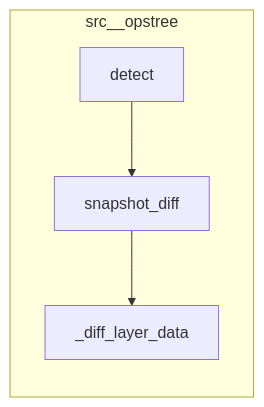
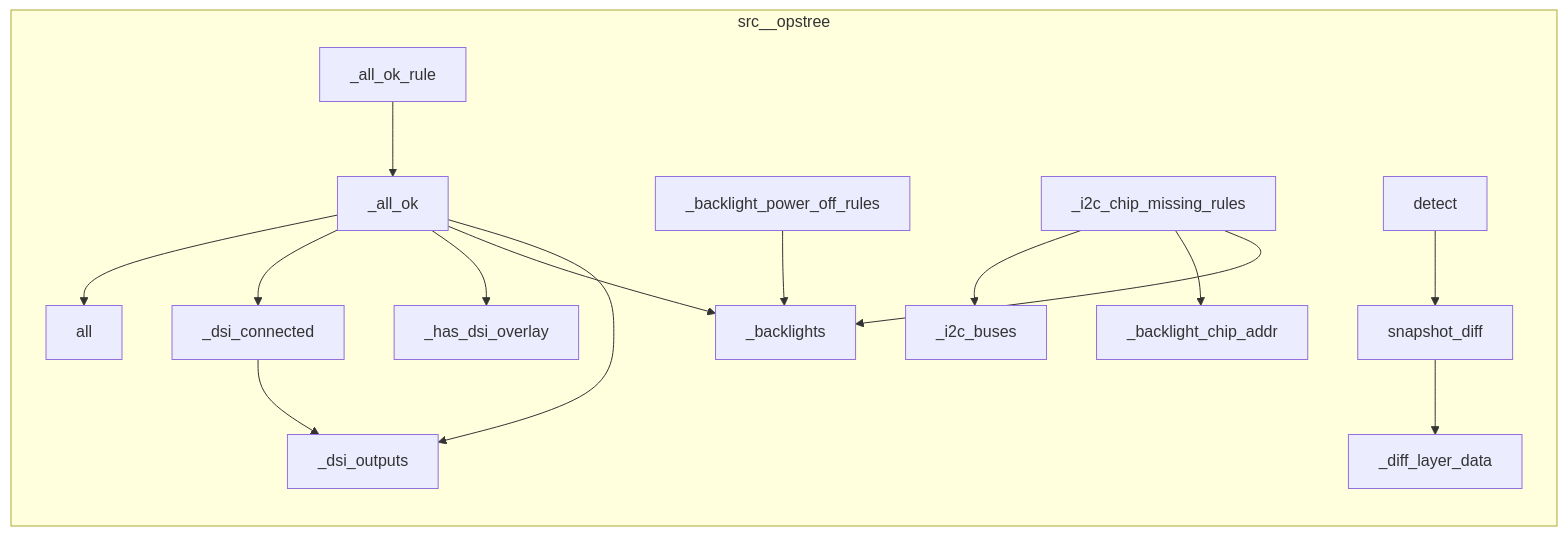
Before and after one commit to semcod/op3: the diagram in project/calls.mmd, drawn with Mermaid. The commit also changed 33 other files, not shown here.

```diff
--- a/project/calls.mmd
+++ b/project/calls.mmd
@@ -1,8 +1,30 @@
 flowchart LR
     subgraph src__opstree
+        src__opstree__probes__builtin__rpi_diagnostics___all_ok_rule["_all_ok_rule"]
+        src__opstree__probes__builtin__rpi_diagnostics___backlight_power_off_rules["_backlight_power_off_rules"]
+        src__opstree__probes__builtin__rpi_diagnostics___dsi_connected["_dsi_connected"]
+        src__opstree__probes__builtin__rpi_diagnostics___backlights["_backlights"]
+        src__opstree__snapshot__diff__snapshot_diff["snapshot_diff"]
+        src__opstree__probes__builtin__rpi_diagnostics___all_ok["_all_ok"]
+        src__opstree__probes__builtin__rpi_diagnostics___i2c_chip_missing_rules["_i2c_chip_missing_rules"]
+        src__opstree__snapshot__diff___diff_layer_data["_diff_layer_data"]
+        src__opstree__probes__builtin__rpi_diagnostics___backlight_chip_addr["_backlight_chip_addr"]
         src__opstree__drift__detector__DriftDetector__detect["detect"]
-        src__opstree__snapshot__diff___diff_layer_data["_diff_layer_data"]
-        src__opstree__snapshot__diff__snapshot_diff["snapshot_diff"]
+        src__opstree__probes__registry__ProbeRegistry__all["all"]
+        src__opstree__probes__builtin__rpi_diagnostics___dsi_outputs["_dsi_outputs"]
+        src__opstree__probes__builtin__rpi_diagnostics___i2c_buses["_i2c_buses"]
+        src__opstree__probes__builtin__rpi_diagnostics___has_dsi_overlay["_has_dsi_overlay"]
     end
+    src__opstree__probes__builtin__rpi_diagnostics___dsi_connected --> src__opstree__probes__builtin__rpi_diagnostics___dsi_outputs
+    src__opstree__probes__builtin__rpi_diagnostics___all_ok --> src__opstree__probes__builtin__rpi_diagnostics___dsi_outputs
+    src__opstree__probes__builtin__rpi_diagnostics___all_ok --> src__opstree__probes__builtin__rpi_diagnostics___backlights
+    src__opstree__probes__builtin__rpi_diagnostics___all_ok --> src__opstree__probes__builtin__rpi_diagnostics___has_dsi_overlay
+    src__opstree__probes__builtin__rpi_diagnostics___all_ok --> src__opstree__probes__builtin__rpi_diagnostics___dsi_connected
+    src__opstree__probes__builtin__rpi_diagnostics___all_ok --> src__opstree__probes__registry__ProbeRegistry__all
+    src__opstree__probes__builtin__rpi_diagnostics___backlight_power_off_rules --> src__opstree__probes__builtin__rpi_diagnostics___backlights
+    src__opstree__probes__builtin__rpi_diagnostics___i2c_chip_missing_rules --> src__opstree__probes__builtin__rpi_diagnostics___backlights
+    src__opstree__probes__builtin__rpi_diagnostics___i2c_chip_missing_rules --> src__opstree__probes__builtin__rpi_diagnostics___backlight_chip_addr
+    src__opstree__probes__builtin__rpi_diagnostics___i2c_chip_missing_rules --> src__opstree__probes__builtin__rpi_diagnostics___i2c_buses
+    src__opstree__probes__builtin__rpi_diagnostics___all_ok_rule --> src__opstree__probes__builtin__rpi_diagnostics___all_ok
+    src__opstree__snapshot__diff__snapshot_diff --> src__opstree__snapshot__diff___diff_layer_data
     src__opstree__drift__detector__DriftDetector__detect --> src__opstree__snapshot__diff__snapshot_diff
-    src__opstree__snapshot__diff__snapshot_diff --> src__opstree__snapshot__diff___diff_layer_data
```
